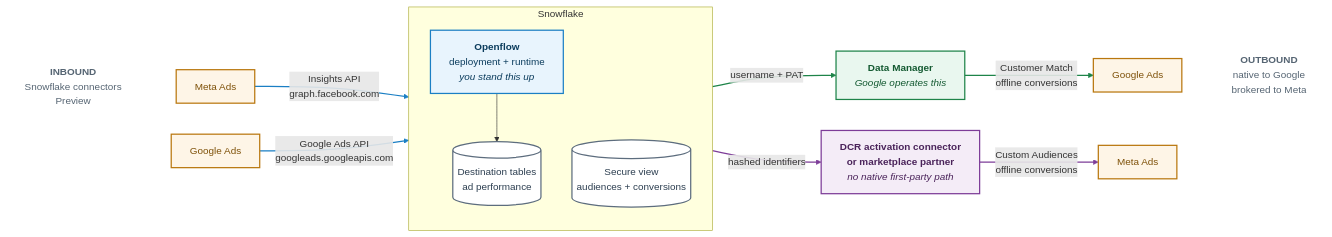
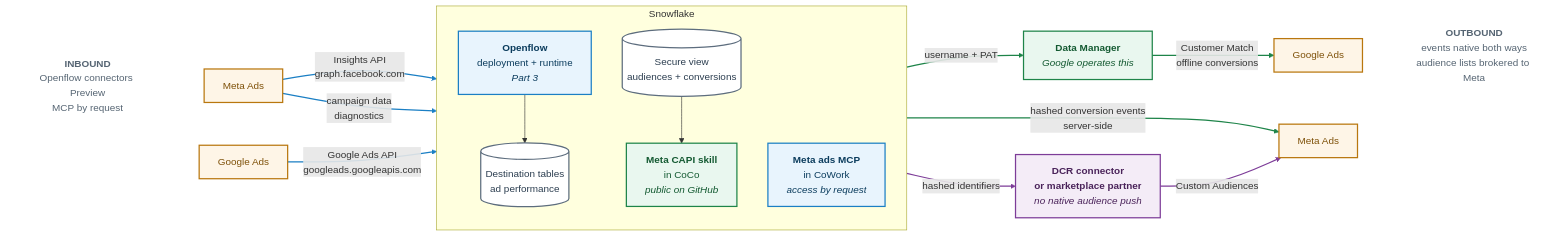
One commit to sfc-gh-miwhitaker/sfe-public changed the diagram in guide-ad-platform-integrations/README.md. Above: the diagram before and after it, drawn with Mermaid. The commit also changed other lines of this file and 4 other files, not shown here.

Commit message:
docs(guide-ad-platform-integrations): add Meta CAPI skill and MCP pairing as Part 2

````diff
--- a/guide-ad-platform-integrations/README.md
+++ b/guide-ad-platform-integrations/README.md
@@ -34,50 +34,55 @@
 ```mermaid
 flowchart LR
     MA_IN["Meta Ads"]
     GA_IN["Google Ads"]
 
     subgraph SF["Snowflake"]
         direction TB
-        OF["<b>Openflow</b><br/>deployment + runtime<br/><i>you stand this up</i>"]
+        OF["<b>Openflow</b><br/>deployment + runtime<br/><i>Part 3</i>"]
+        MCP["<b>Meta ads MCP</b><br/>in CoWork<br/><i>access by request</i>"]
         LAND[("Destination tables<br/>ad performance")]
+        CAPI["<b>Meta CAPI skill</b><br/>in CoCo<br/><i>public on GitHub</i>"]
         VIEW[("Secure view<br/>audiences + conversions")]
         OF --> LAND
+        VIEW --> CAPI
     end
 
     DM["<b>Data Manager</b><br/><i>Google operates this</i>"]
     GA_OUT["Google Ads"]
-    BRIDGE["<b>DCR activation connector</b><br/><b>or marketplace partner</b><br/><i>no native first-party path</i>"]
+    BRIDGE["<b>DCR connector</b><br/><b>or marketplace partner</b><br/><i>no native audience push</i>"]
     MA_OUT["Meta Ads"]
 
     MA_IN -- "Insights API<br/>graph.facebook.com" --> OF
     GA_IN -- "Google Ads API<br/>googleads.googleapis.com" --> OF
+    MA_IN -- "campaign data<br/>diagnostics" --> MCP
 
     VIEW -- "username + PAT" --> DM
     DM -- "Customer Match<br/>offline conversions" --> GA_OUT
+    CAPI -- "hashed conversion events<br/>server-side" --> MA_OUT
 
     VIEW -- "hashed identifiers" --> BRIDGE
-    BRIDGE -- "Custom Audiences<br/>offline conversions" --> MA_OUT
+    BRIDGE -- "Custom Audiences" --> MA_OUT
 
-    IN_LBL["<b>INBOUND</b><br/>Snowflake connectors<br/>Preview"]
-    OUT_LBL["<b>OUTBOUND</b><br/>native to Google<br/>brokered to Meta"]
+    IN_LBL["<b>INBOUND</b><br/>Openflow connectors Preview<br/>MCP by request"]
+    OUT_LBL["<b>OUTBOUND</b><br/>events native both ways<br/>audience lists brokered to Meta"]
     IN_LBL ~~~ MA_IN
     GA_OUT ~~~ OUT_LBL
 
     classDef platform fill:#FEF5E7,stroke:#B9770E,stroke-width:2px,color:#7E5109
     classDef bridge fill:#F4ECF7,stroke:#7D3C98,stroke-width:2px,color:#4A235A
     classDef inbound fill:#E8F4FD,stroke:#1B7FC4,stroke-width:2px,color:#0B3C5D
     classDef outbound fill:#E9F7EF,stroke:#1E8449,stroke-width:2px,color:#145A32
     classDef store fill:#FFFFFF,stroke:#5D6D7E,stroke-width:2px,color:#2C3E50
     classDef lbl fill:none,stroke:none,color:#566573
 
     class MA_IN,GA_IN,GA_OUT,MA_OUT platform
     class BRIDGE bridge
-    class OF inbound
-    class DM outbound
+    class OF,MCP inbound
+    class DM,CAPI outbound
     class LAND,VIEW store
     class IN_LBL,OUT_LBL lbl
 
-    linkStyle 1,2 stroke:#1B7FC4,stroke-width:2px
-    linkStyle 3,4 stroke:#1E8449,stroke-width:2px
-    linkStyle 5,6 stroke:#7D3C98,stroke-width:2px
+    linkStyle 2,3,4 stroke:#1B7FC4,stroke-width:2px
+    linkStyle 5,6,7 stroke:#1E8449,stroke-width:2px
+    linkStyle 8,9 stroke:#7D3C98,stroke-width:2px
 ```
````
